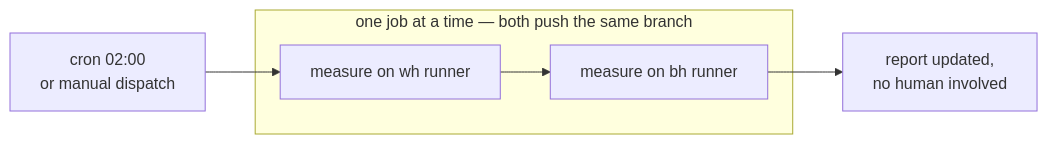
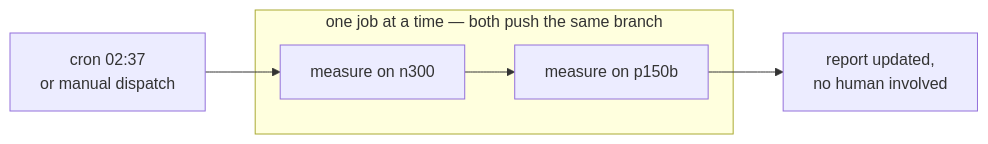
The second of 4 diagrams in .github/workflows/README.md (tenstorrent/tt-eltwise-accuracy-report), drawn with Mermaid before and after one commit. The commit also changed other lines of this file and 5 other files, not shown here.

````diff
--- a/.github/workflows/README.md
+++ b/.github/workflows/README.md
@@ -31,8 +42,8 @@
 ```mermaid
 flowchart LR
-    CRON["cron 02:00<br/>or manual dispatch"] --> WH
+    CRON["cron 02:37<br/>or manual dispatch"] --> WH
     subgraph serial["one job at a time — both push the same branch"]
-        WH["measure on wh runner"] --> BH["measure on bh runner"]
+        WH["measure on n300"] --> BH["measure on p150b"]
     end
     BH --> DONE["report updated,<br/>no human involved"]
 ```
````
